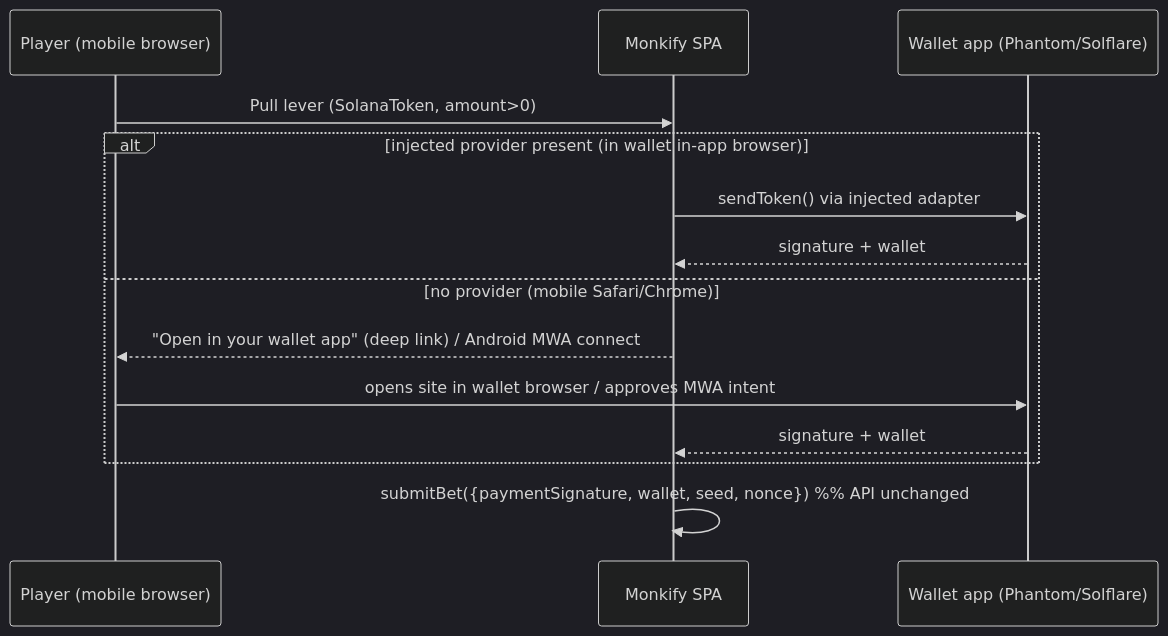
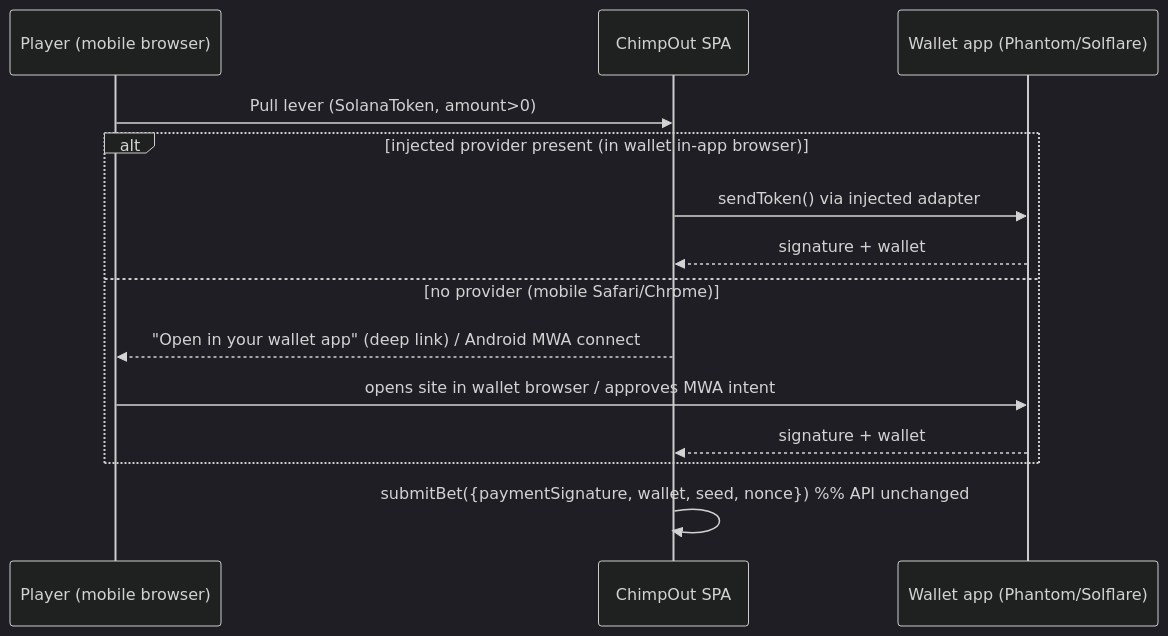
Before and after one commit to marcusruas/monkify-meta: the second of 2 diagrams in specs/mobile-layout.md, drawn with Mermaid (dark theme). The commit also changed other lines of this file and 57 other files, not shown here.

First line of the commit message:
Rebrand: Monkify->ChimpOut, Session->Game in KB prose (monkify-meta)

````diff
--- a/specs/mobile-layout.md
+++ b/specs/mobile-layout.md
@@ -286,16 +286,16 @@
 ```mermaid
 sequenceDiagram
   participant U as Player (mobile browser)
-  participant App as Monkify SPA
+  participant App as ChimpOut SPA
   participant W as Wallet app (Phantom/Solflare)
   U->>App: Pull lever (SolanaToken, amount>0)
   alt injected provider present (in wallet in-app browser)
     App->>W: sendToken() via injected adapter
     W-->>App: signature + wallet
   else no provider (mobile Safari/Chrome)
     App-->>U: "Open in your wallet app" (deep link) / Android MWA connect
     U->>W: opens site in wallet browser / approves MWA intent
     W-->>App: signature + wallet
   end
   App->>App: submitBet({paymentSignature, wallet, seed, nonce})  %% API unchanged
 ```
````
